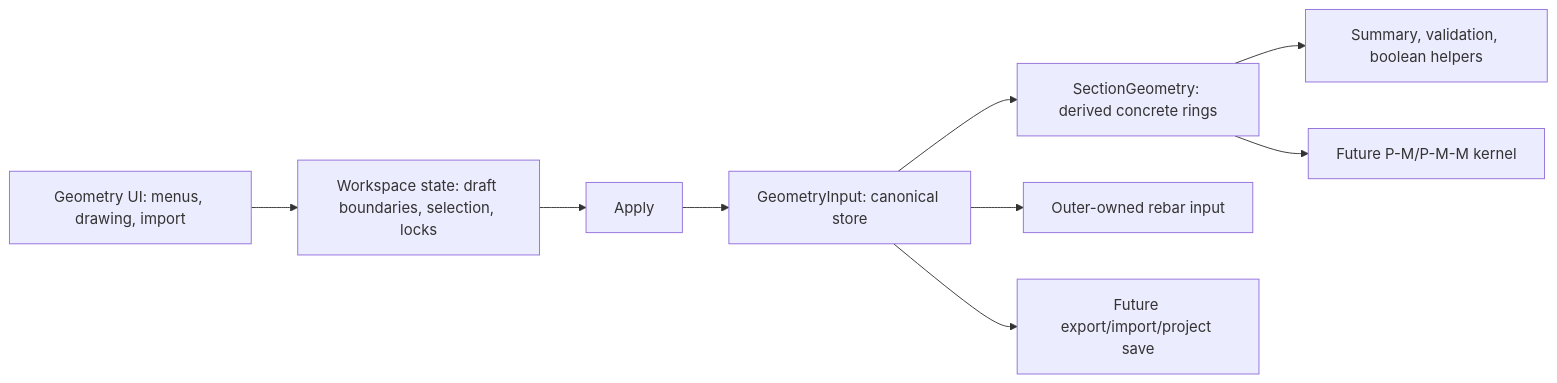
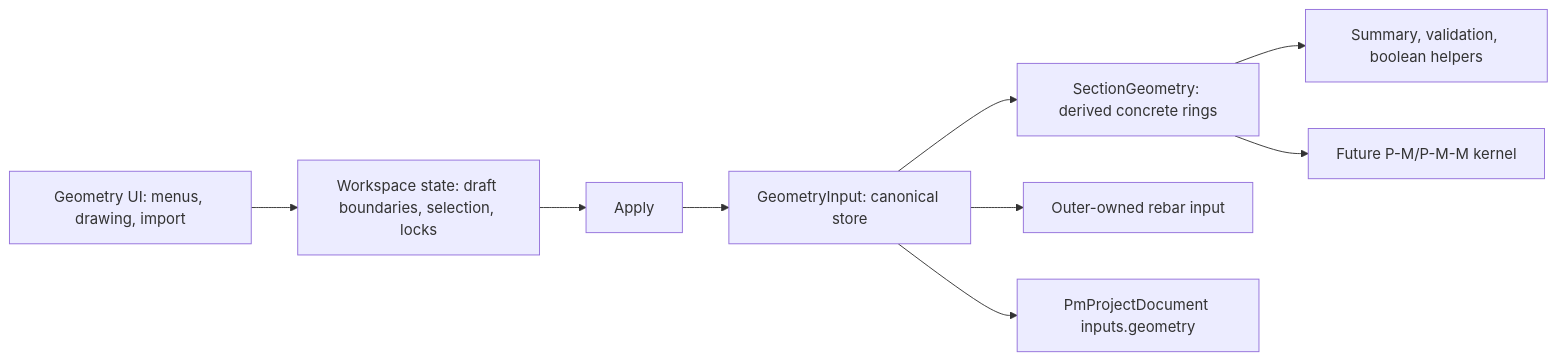
Before and after one commit to lxhungdp/RC-concrete-section: the diagram in docs/specs/geometry-input-pipeline.md, drawn with Mermaid. The commit also changed other lines of this file and 32 other files, not shown here.

````diff
--- a/docs/specs/geometry-input-pipeline.md
+++ b/docs/specs/geometry-input-pipeline.md
@@ -35,11 +38,11 @@
 ```mermaid
 flowchart LR
   A["Geometry UI: menus, drawing, import"] --> B["Workspace state: draft boundaries, selection, locks"]
   B --> C["Apply"]
   C --> D["GeometryInput: canonical store"]
   D --> E["SectionGeometry: derived concrete rings"]
   D --> F["Outer-owned rebar input"]
   E --> G["Summary, validation, boolean helpers"]
   E --> H["Future P-M/P-M-M kernel"]
-  D --> I["Future export/import/project save"]
+  D --> I["PmProjectDocument inputs.geometry"]
 ```
````
